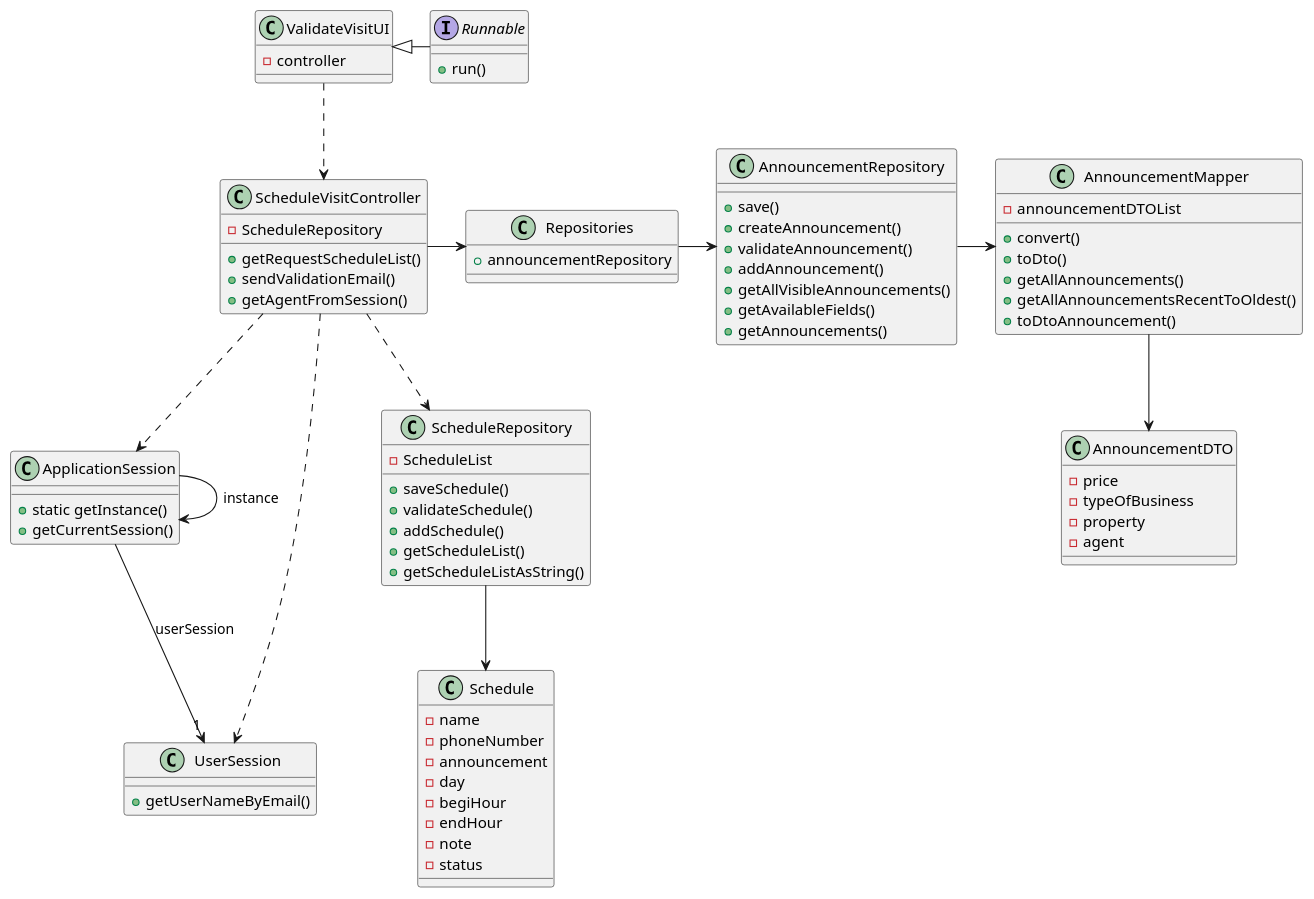
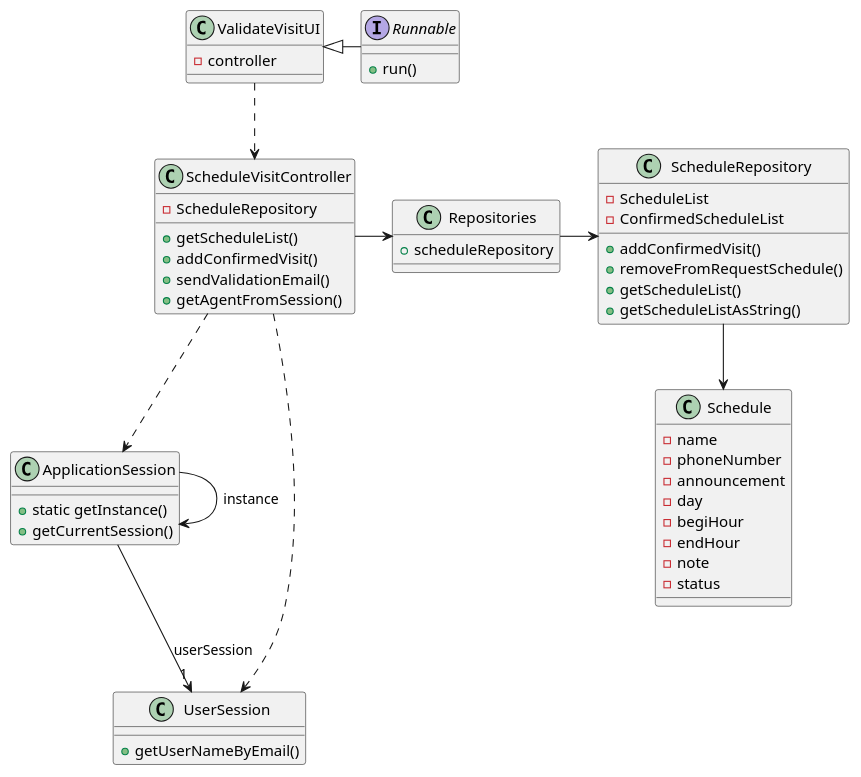
One commit to tiagohcorreia/LAPR2 changed the diagram in docs/sprintD/US016/03.design/puml/CD.puml. Above: the diagram before and after it, drawn with PlantUML.

Commit message:
US016- CD update

```diff
--- a/docs/sprintD/US016/03.design/puml/CD.puml
+++ b/docs/sprintD/US016/03.design/puml/CD.puml
@@ -1,96 +1,67 @@
 @startuml
 
 interface Runnable {
     + run()
 }
 
 class ValidateVisitUI {
     - controller
 }
 
 class ScheduleVisitController {
     - ScheduleRepository
-    + getRequestScheduleList()
+    + getScheduleList()
+    + addConfirmedVisit()
     + sendValidationEmail()
     + getAgentFromSession()
 }
 
 class ApplicationSession
 {
     + static getInstance()
     + getCurrentSession()
 }
 
 class UserSession
 {
     + getUserNameByEmail()
 }
 class Schedule {
 
     - name
     - phoneNumber
     - announcement
     - day
     - begiHour
     - endHour
     - note
     - status
 }
 class Repositories {
 
-    + announcementRepository
+    + scheduleRepository
 }
 class ScheduleRepository {
 
     - ScheduleList
-    + saveSchedule()
-    + validateSchedule()
-    + addSchedule()
+    - ConfirmedScheduleList
+    + addConfirmedVisit()
+    + removeFromRequestSchedule()
     + getScheduleList()
     + getScheduleListAsString()
-}
-
-class AnnouncementRepository {
-
-    + save()
-    + createAnnouncement()
-    + validateAnnouncement()
-    + addAnnouncement()
-    + getAllVisibleAnnouncements()
-    + getAvailableFields()
-    + getAnnouncements()
-}
-
-class AnnouncementDTO {
-
-    - price
-    - typeOfBusiness
-    - property
-    - agent
-}
-class AnnouncementMapper {
-
-    - announcementDTOList
-    + convert()
-    + toDto()
-    + getAllAnnouncements()
-    + getAllAnnouncementsRecentToOldest()
-    + toDtoAnnouncement()
 }
 
 
 Runnable -left-|> ValidateVisitUI
 ApplicationSession -> ApplicationSession : instance
 ApplicationSession --> "1" UserSession : userSession
 ScheduleVisitController ..> ApplicationSession
 ScheduleVisitController ..> UserSession
 
 ValidateVisitUI ..> ScheduleVisitController
 ScheduleVisitController -> Repositories
-Repositories -> AnnouncementRepository
-AnnouncementRepository -> AnnouncementMapper
-AnnouncementMapper --> AnnouncementDTO
-ScheduleVisitController ..> ScheduleRepository
+Repositories -> ScheduleRepository
+
 ScheduleRepository --> Schedule
 
 @enduml
```
